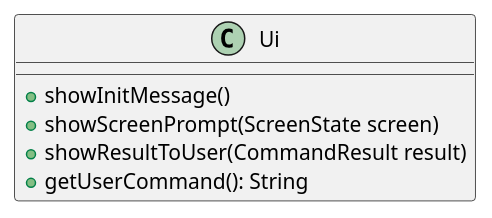
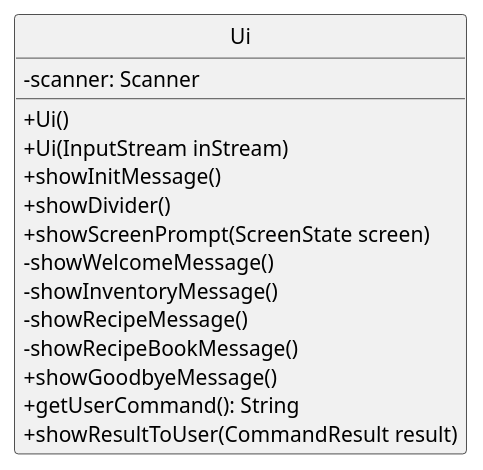
Before and after one commit to ChingWhee/tp: the diagram in docs/diagrams/ui.puml, drawn with PlantUML. The commit also changed 2 other files, not shown here.

Commit message:
Corrected uml diagram and developer guide for ui class

```diff
--- a/docs/diagrams/ui.puml
+++ b/docs/diagrams/ui.puml
@@ -1,8 +1,22 @@
 @startuml
+
+hide circle
+skinparam classAttributeIconSize 0
+
 class Ui {
+    -scanner: Scanner
+    +Ui()
+    +Ui(InputStream inStream)
     +showInitMessage()
+    +showDivider()
     +showScreenPrompt(ScreenState screen)
+    -showWelcomeMessage()
+    -showInventoryMessage()
+    -showRecipeMessage()
+    -showRecipeBookMessage()
+    +showGoodbyeMessage()
+    +getUserCommand(): String
     +showResultToUser(CommandResult result)
-    +getUserCommand(): String
 }
+
 @enduml
```
